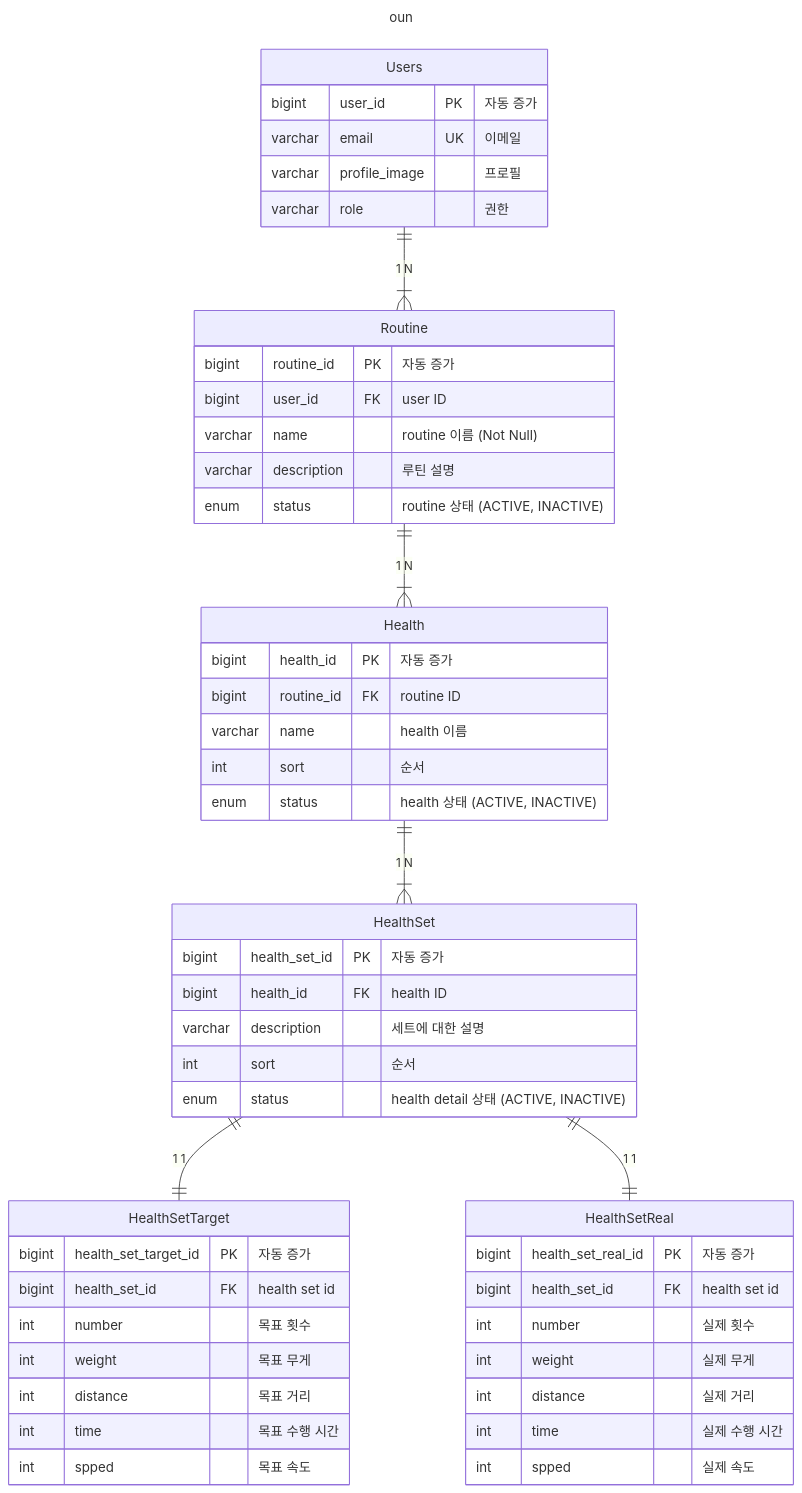
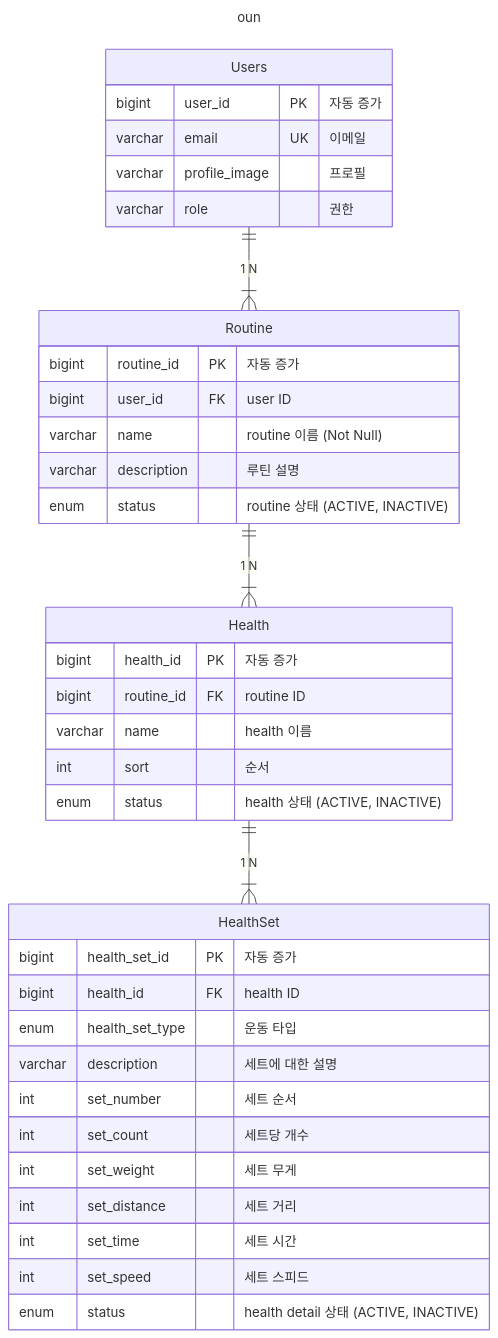
One commit to juno-choi/simol changed the diagram in README.md. Above: the diagram before and after it, drawn with Mermaid.

Commit message:
chore: oun erd 수정

````diff
--- a/README.md
+++ b/README.md
@@ -106,64 +106,48 @@
 ```mermaid
 ---
 title: oun
 ---
 
 erDiagram
 
     Users {
         bigint user_id PK "자동 증가"
         varchar email UK "이메일"
         varchar profile_image "프로필"
         varchar role "권한"
     }
     
     Routine {
         bigint routine_id PK "자동 증가"
         bigint user_id FK "user ID"
         varchar name "routine 이름 (Not Null)"
         varchar description "루틴 설명"
         enum status "routine 상태 (ACTIVE, INACTIVE)"
     }
     
     Health {
         bigint health_id PK "자동 증가"
         bigint routine_id FK "routine ID"
         varchar name "health 이름"
         int sort "순서"
         enum status "health 상태 (ACTIVE, INACTIVE)"
     }
 
     HealthSet {
         bigint health_set_id PK "자동 증가"
         bigint health_id FK "health ID"
+        enum health_set_type "운동 타입"
         varchar description "세트에 대한 설명"
-        int sort "순서"
+        int set_number "세트 순서"
+        int set_count "세트당 개수"
+        int set_weight "세트 무게"
+        int set_distance "세트 거리"
+        int set_time "세트 시간"
+        int set_speed "세트 스피드"
         enum status "health detail 상태 (ACTIVE, INACTIVE)"
-    }
-
-    HealthSetTarget {
-        bigint health_set_target_id PK "자동 증가"
-        bigint health_set_id FK "health set id"
-        int number "목표 횟수"
-        int weight "목표 무게"
-        int distance "목표 거리"
-        int time "목표 수행 시간"
-        int spped "목표 속도"
-    }
-
-    HealthSetReal {
-        bigint health_set_real_id PK "자동 증가"
-        bigint health_set_id FK "health set id"
-        int number "실제 횟수"
-        int weight "실제 무게"
-        int distance "실제 거리"
-        int time "실제 수행 시간"
-        int spped "실제 속도"
     }
     
     Users ||--|{ Routine : "1 N"
     Routine ||--|{ Health : "1 N"
     Health ||--|{ HealthSet : "1 N"
-    HealthSet ||--|| HealthSetTarget : "1 1"
-    HealthSet ||--|| HealthSetReal : "1 1"
 ```
````
